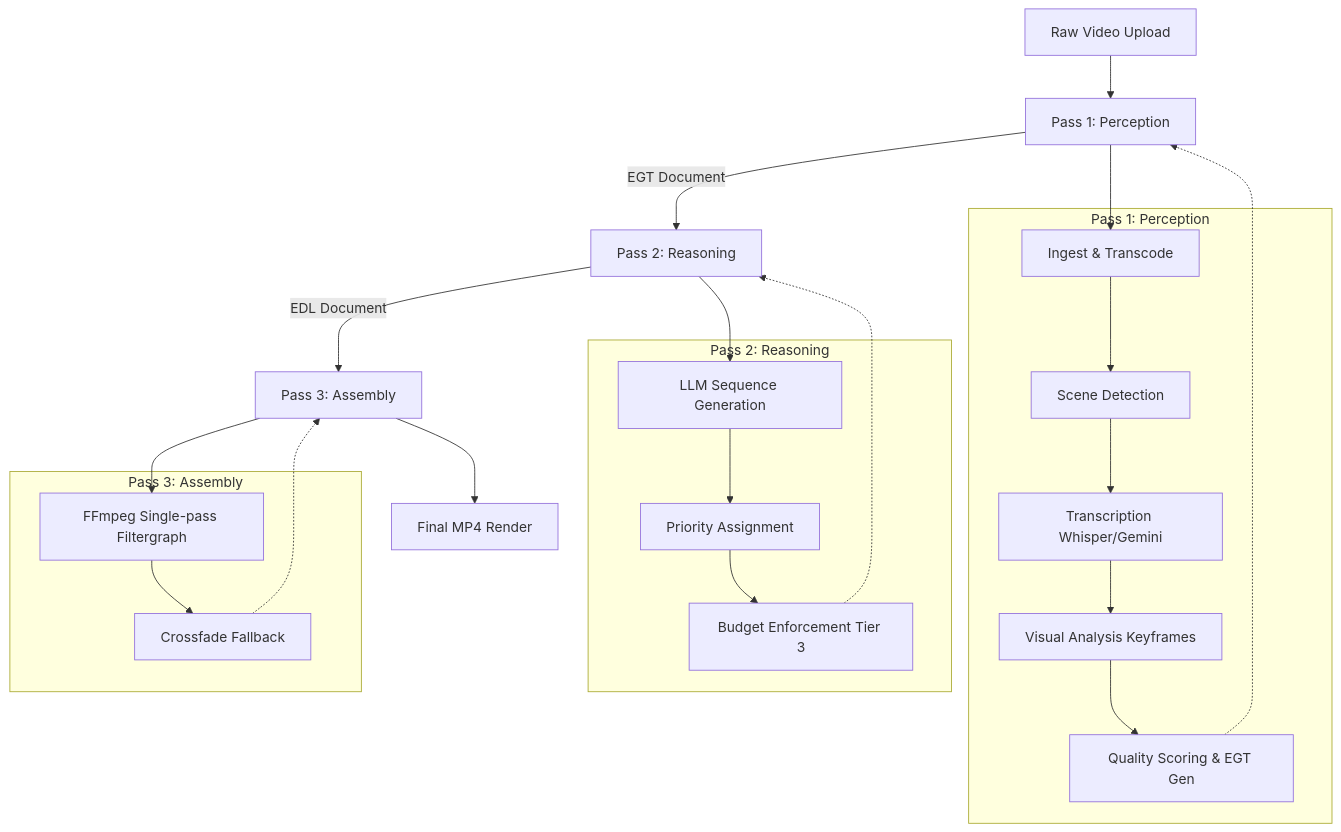
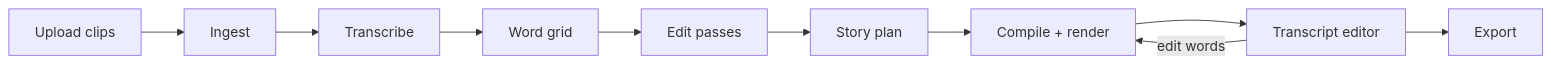
Before and after one commit to AnishShende/vlogforge: the diagram in README.md, drawn with Mermaid. The commit also changed other lines of this file and 18 other files, not shown here.

````diff
--- a/README.md
+++ b/README.md
@@ -36,29 +11,12 @@
 ```mermaid
-graph TD
-    A[Raw Video Upload] --> B[Pass 1: Perception]
-    B -->|EGT Document| C[Pass 2: Reasoning]
-    C -->|EDL Document| D[Pass 3: Assembly]
-    D --> E[Final MP4 Render]
-    
-    subgraph Pass 1: Perception
-    B1[Ingest & Transcode] --> B2[Scene Detection]
-    B2 --> B3[Transcription Whisper/Gemini]
-    B3 --> B4[Visual Analysis Keyframes]
-    B4 --> B5[Quality Scoring & EGT Gen]
-    end
-    B --> B1
-    B5 -.-> B
-    
-    subgraph Pass 2: Reasoning
-    C1[LLM Sequence Generation] --> C2[Priority Assignment]
-    C2 --> C3[Budget Enforcement Tier 3]
-    end
-    C --> C1
-    C3 -.-> C
-    
-    subgraph Pass 3: Assembly
-    D1[FFmpeg Single-pass Filtergraph] --> D2[Crossfade Fallback]
-    end
-    D --> D1
-    D2 -.-> D
+graph LR
+    A[Upload clips] --> B[Ingest]
+    B --> C[Transcribe]
+    C --> D[Word grid]
+    D --> E[Edit passes]
+    E --> F[Story plan]
+    F --> G[Compile + render]
+    G --> H[Transcript editor]
+    H -->|edit words| G
+    H --> I[Export]
 ```
````
